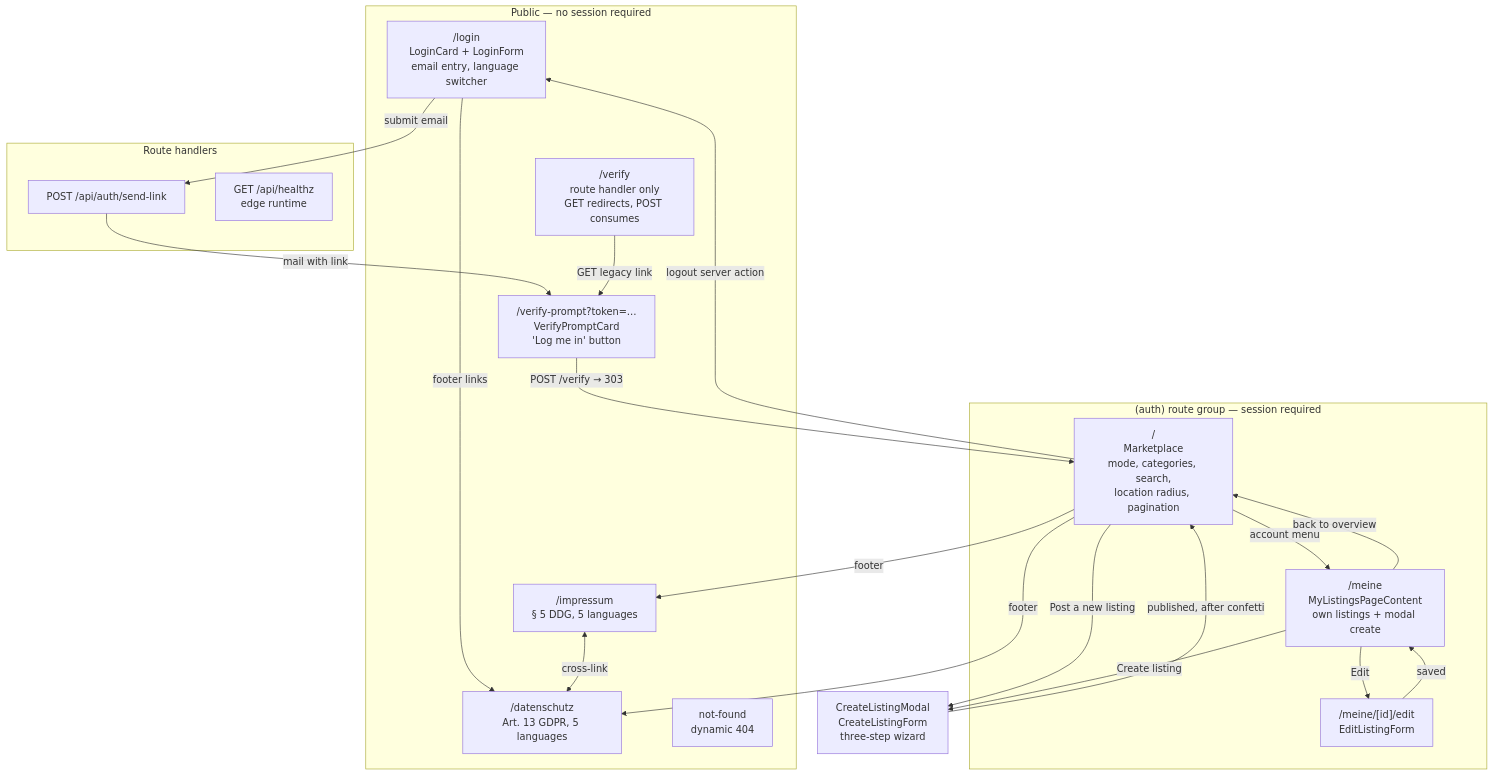
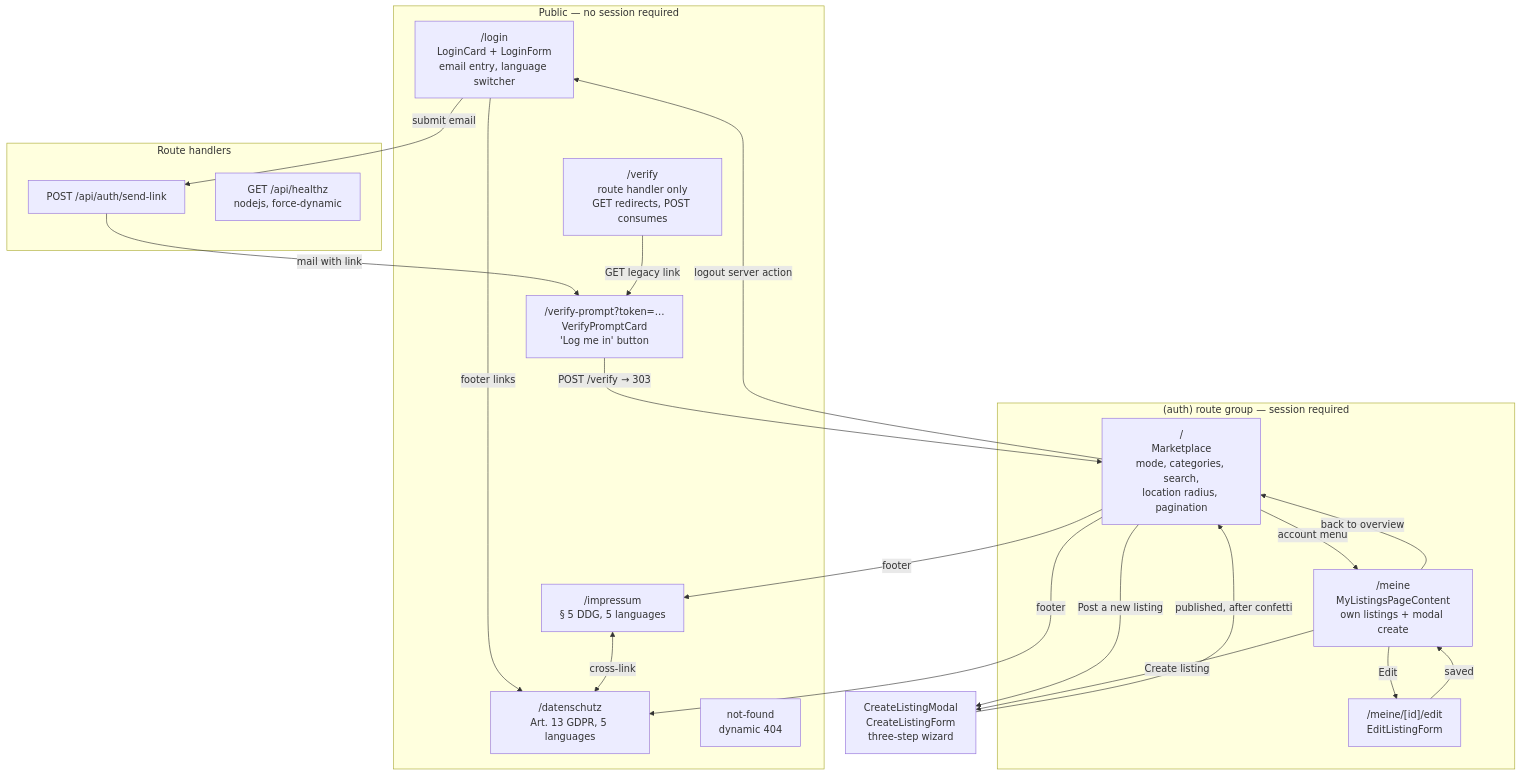
The third of 12 diagrams in README.md (InnoLab-2026/FeedmyFrog), drawn with Mermaid before and after one commit. The commit also changed other lines of this file and 1 other file, not shown here.

First line of the commit message:
Move /api/healthz off the deprecated edge runtime

````diff
--- a/README.md
+++ b/README.md
@@ -264,42 +264,42 @@
 ```mermaid
 flowchart TD
     subgraph Public["Public — no session required"]
         LOGIN["/login<br/>LoginCard + LoginForm<br/>email entry, language switcher"]
         VP["/verify-prompt?token=…<br/>VerifyPromptCard<br/>'Log me in' button"]
         VERIFY["/verify<br/>route handler only<br/>GET redirects, POST consumes"]
         IMP["/impressum<br/>§ 5 DDG, 5 languages"]
         DS["/datenschutz<br/>Art. 13 GDPR, 5 languages"]
         NF["not-found<br/>dynamic 404"]
     end
 
     subgraph Auth["(auth) route group — session required"]
         HOME["/<br/>Marketplace<br/>mode, categories, search,<br/>location radius, pagination"]
         MINE["/meine<br/>MyListingsPageContent<br/>own listings + modal create"]
         EDIT["/meine/[id]/edit<br/>EditListingForm"]
     end
 
     subgraph API["Route handlers"]
         SEND["POST /api/auth/send-link"]
-        HZ["GET /api/healthz<br/>edge runtime"]
+        HZ["GET /api/healthz<br/>nodejs, force-dynamic"]
     end
 
     LOGIN -->|"submit email"| SEND
     SEND -->|"mail with link"| VP
     VERIFY -->|"GET legacy link"| VP
     VP -->|"POST /verify → 303"| HOME
 
     HOME -->|"Post a new listing"| MODAL["CreateListingModal<br/>CreateListingForm<br/>three-step wizard"]
     HOME -->|"account menu"| MINE
     MINE -->|"Create listing"| MODAL
     MODAL -->|"published, after confetti"| HOME
     MINE -->|"Edit"| EDIT
     EDIT -->|"saved"| MINE
     MINE -->|"back to overview"| HOME
 
     HOME -->|"footer"| IMP
     HOME -->|"footer"| DS
     LOGIN -->|"footer links"| DS
     IMP <-->|"cross-link"| DS
 
     HOME -->|"logout server action"| LOGIN
 ```
````
